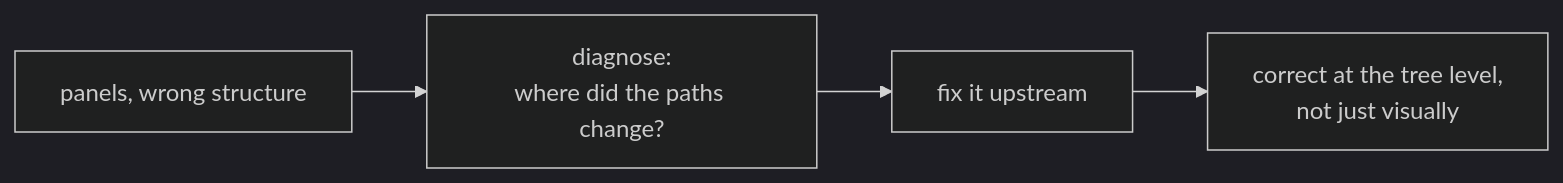
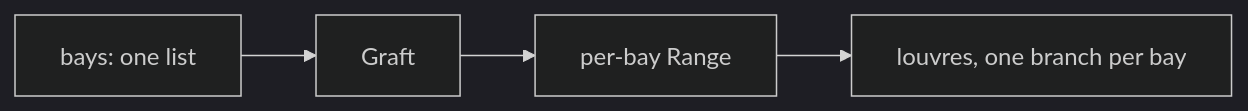
The fourth of 5 diagrams in Lecture/Week_08/goals.md (rccn-teaching/cdf), drawn with Mermaid (dark theme) before and after one commit. The commit also changed other lines of this file and 23 other files, not shown here.

Commit message:
Refactor lecture materials for Weeks 13-15: update README and goals to enhance clarity and structure; adjust session objectives and commands; improve flowcharts and voting processes for better engagement and understanding.

````diff
--- a/Lecture/Week_08/goals.md
+++ b/Lecture/Week_08/goals.md
@@ -47,6 +80,8 @@
 ```mermaid
 flowchart LR
-    Q["panels, wrong structure"] --> D["diagnose:<br/>where did the paths change?"]
-    D --> F["fix it upstream"]
-    F --> C["correct at the tree level,<br/>not just visually"]
+    B0["bays: one list"]
+    G1["Graft"]
+    S2["per-bay Range"]
+    L3["louvres, one branch per bay"]
+    B0 --> G1 --> S2 --> L3
 ```
````
